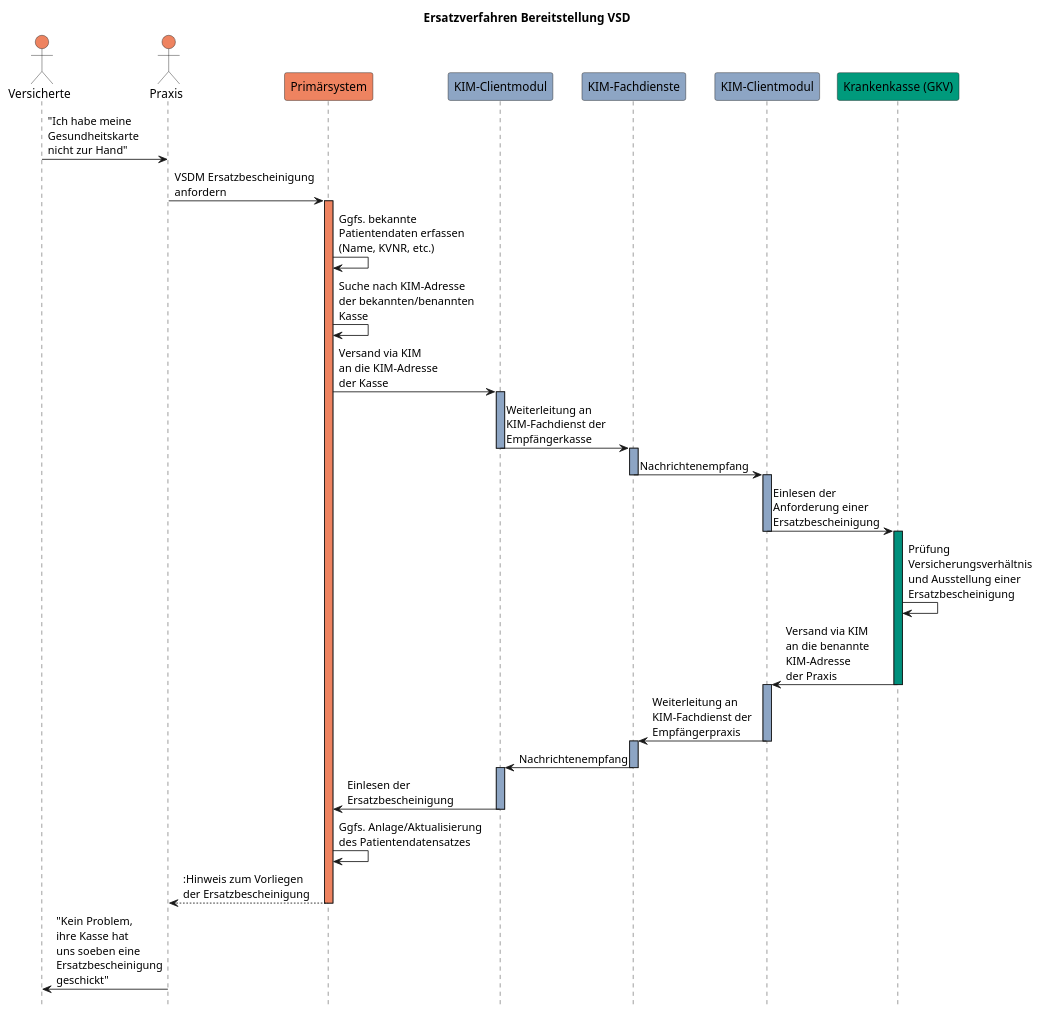
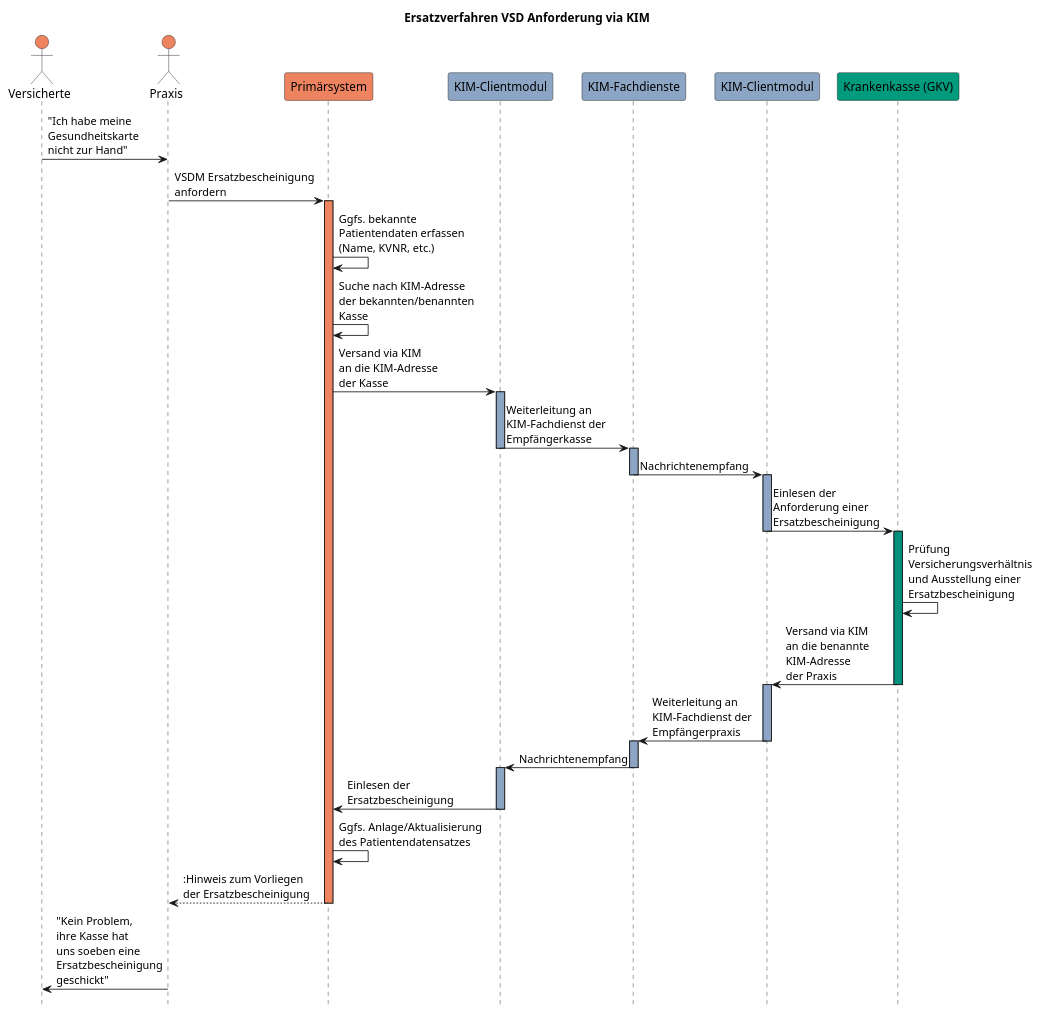
Before and after one commit to gematik/spec-VSDM-Ersatzbescheinigung: the diagram in ImplementationGuide/images/gkv_ersatzverfahren.puml, drawn with PlantUML. The commit also changed 3 other files, not shown here.

Commit message:
diagram title

```diff
--- a/ImplementationGuide/images/gkv_ersatzverfahren.puml
+++ b/ImplementationGuide/images/gkv_ersatzverfahren.puml
@@ -1,45 +1,45 @@
 @startuml gkv_ersatzverfahren
 hide footbox
-title Ersatzverfahren Bereitstellung VSD
+title Ersatzverfahren VSD Anforderung via KIM
 actor Vers as "Versicherte" #ee8360
 actor LE as "Praxis" #ee8360
 participant PVS as "Primärsystem" #ee8360
 participant KIMCM1 as "KIM-Clientmodul" #8da5c4
 participant KIMFD as "KIM-Fachdienste" #8da5c4
 participant KIMCM2 as "KIM-Clientmodul" #8da5c4
 participant Kasse as "Krankenkasse (GKV)" #009a7c
 
 Vers -> LE: "Ich habe meine\nGesundheitskarte\nnicht zur Hand"
 LE -> PVS: VSDM Ersatzbescheinigung\nanfordern
 activate PVS #ee8360
 PVS -> PVS: Ggfs. bekannte\nPatientendaten erfassen\n(Name, KVNR, etc.)
 PVS -> PVS: Suche nach KIM-Adresse\nder bekannten/benannten\nKasse
 PVS -> KIMCM1: Versand via KIM\nan die KIM-Adresse\nder Kasse
 activate KIMCM1 #8da5c4
 KIMCM1 -> KIMFD: Weiterleitung an\nKIM-Fachdienst der\nEmpfängerkasse
 deactivate KIMCM1
 activate KIMFD #8da5c4
 KIMFD -> KIMCM2: Nachrichtenempfang
 deactivate KIMFD
 activate KIMCM2 #8da5c4
 KIMCM2 -> Kasse: Einlesen der\nAnforderung einer\nErsatzbescheinigung
 deactivate KIMCM2
 activate Kasse #00907c
 Kasse -> Kasse: Prüfung\nVersicherungsverhältnis\nund Ausstellung einer\nErsatzbescheinigung
 Kasse -> KIMCM2: Versand via KIM\nan die benannte\nKIM-Adresse\nder Praxis
 deactivate Kasse
 activate KIMCM2 #8da5c4
 KIMCM2 -> KIMFD: Weiterleitung an\nKIM-Fachdienst der\nEmpfängerpraxis
 deactivate KIMCM2
 activate KIMFD #8da5c4
 KIMFD -> KIMCM1: Nachrichtenempfang
 deactivate KIMFD
 activate KIMCM1 #8da5c4
 KIMCM1 -> PVS: Einlesen der\nErsatzbescheinigung
 deactivate KIMCM1
 PVS -> PVS: Ggfs. Anlage/Aktualisierung\ndes Patientendatensatzes
 PVS --> LE: :Hinweis zum Vorliegen\nder Ersatzbescheinigung
 deactivate PVS
 LE -> Vers: "Kein Problem,\nihre Kasse hat\nuns soeben eine\nErsatzbescheinigung\ngeschickt"
 
 @enduml
```
